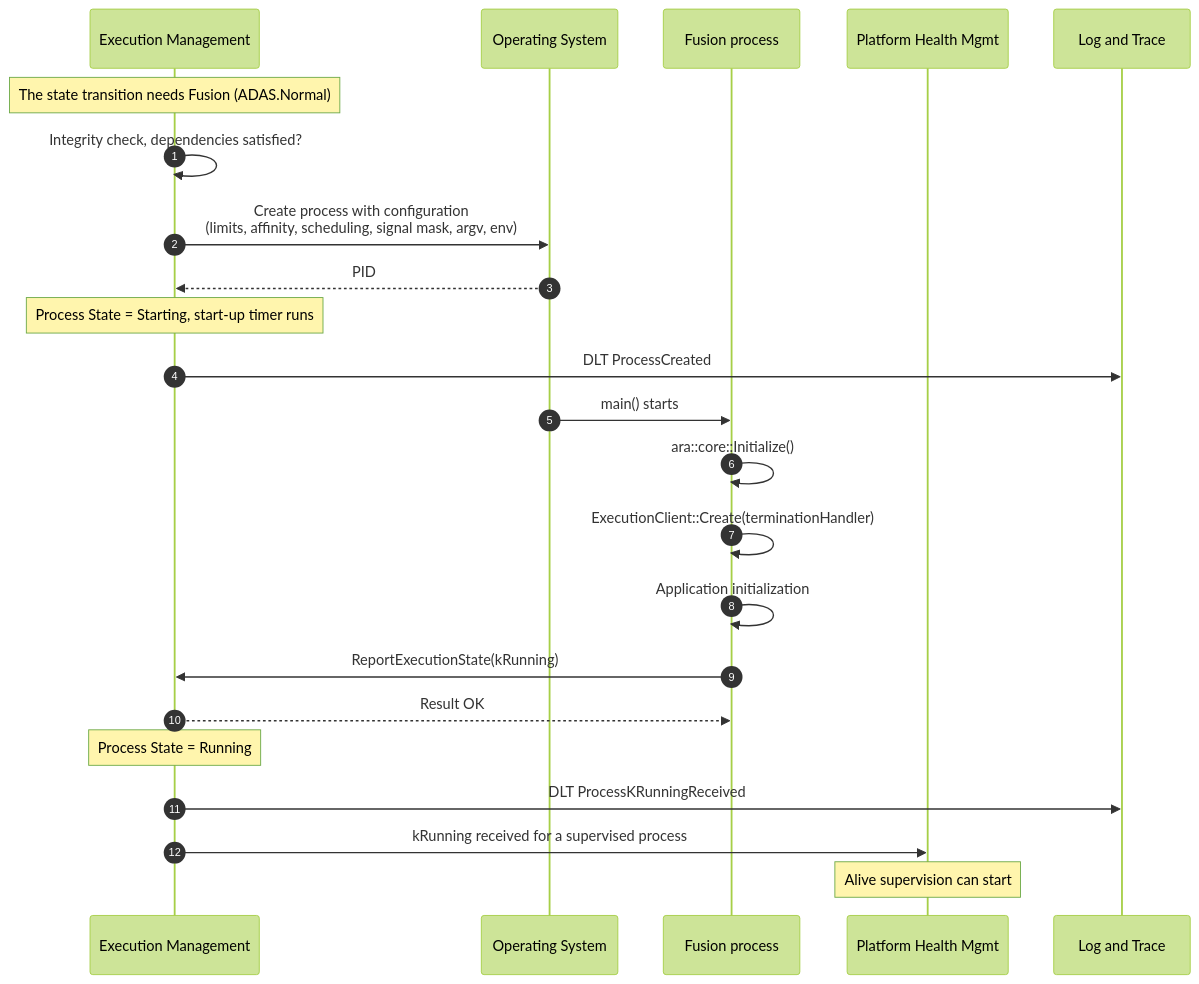
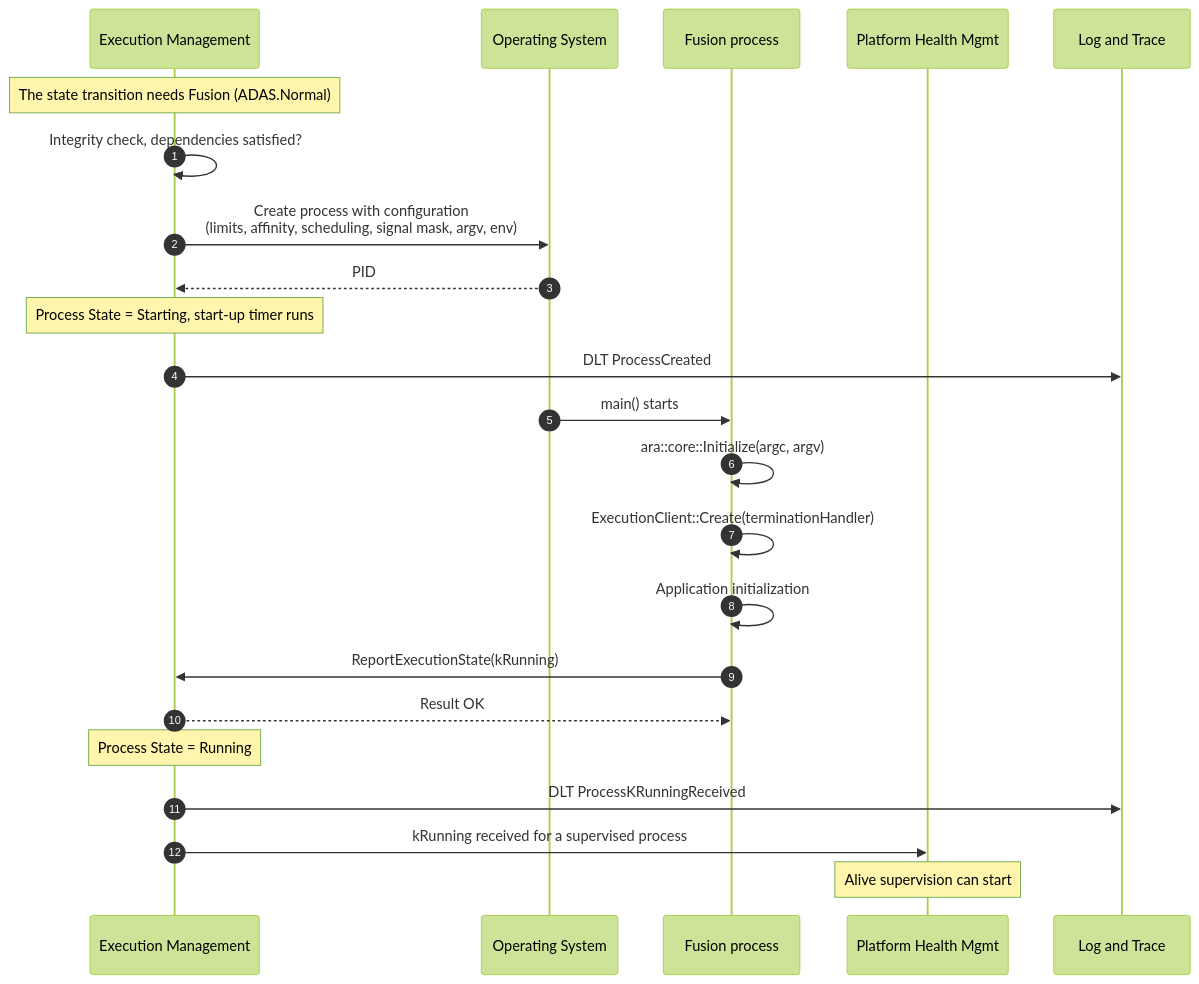
Before and after one commit to cavoidcodon/adaptive-guides: the seventh of 27 diagrams in guides/04_ExecutionManagement.md, drawn with Mermaid (forest theme). The commit also changed other lines of this file and 5 other files, not shown here.

````diff
--- a/guides/04_ExecutionManagement.md
+++ b/guides/04_ExecutionManagement.md
@@ -822,26 +743,26 @@
 ```mermaid
 sequenceDiagram
     autonumber
     participant EM as Execution Management
     participant OS as Operating System
     participant P as Fusion process
     participant PHM as Platform Health Mgmt
     participant LT as Log and Trace
 
     Note over EM: The state transition needs Fusion (ADAS.Normal)
     EM->>EM: Integrity check, dependencies satisfied?
     EM->>OS: Create process with configuration<br/>(limits, affinity, scheduling, signal mask, argv, env)
     OS-->>EM: PID
     Note over EM: Process State = Starting, start-up timer runs
     EM->>LT: DLT ProcessCreated
     OS->>P: main() starts
-    P->>P: ara::core::Initialize()
+    P->>P: ara::core::Initialize(argc, argv)
     P->>P: ExecutionClient::Create(terminationHandler)
     P->>P: Application initialization
     P->>EM: ReportExecutionState(kRunning)
     EM-->>P: Result OK
     Note over EM: Process State = Running
     EM->>LT: DLT ProcessKRunningReceived
     EM->>PHM: kRunning received for a supervised process
     Note over PHM: Alive supervision can start
 ```
````
